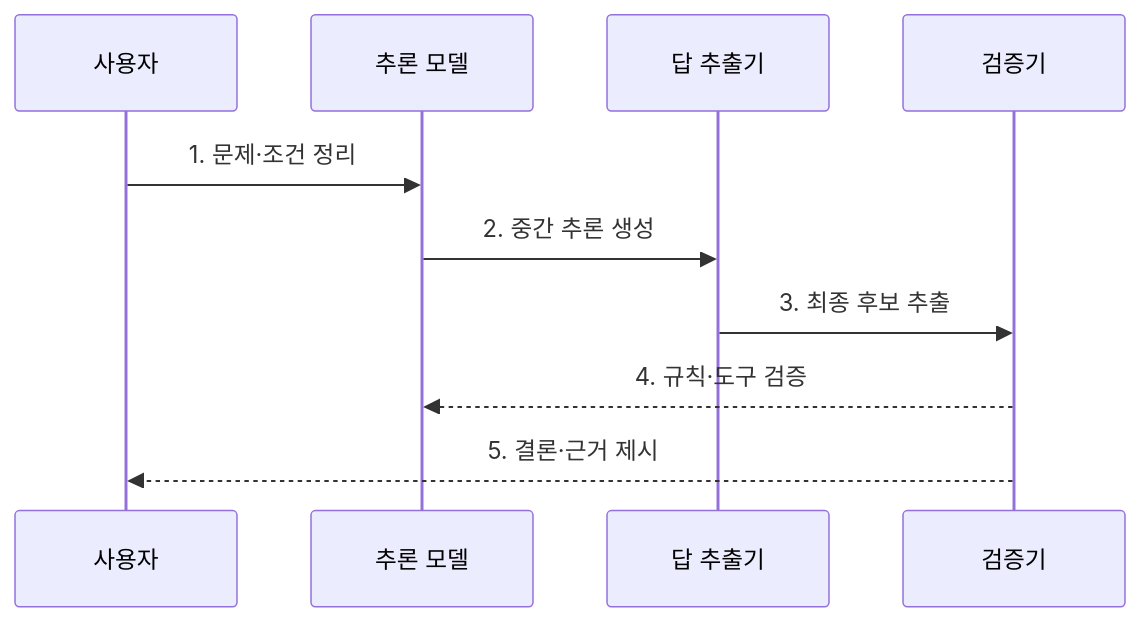
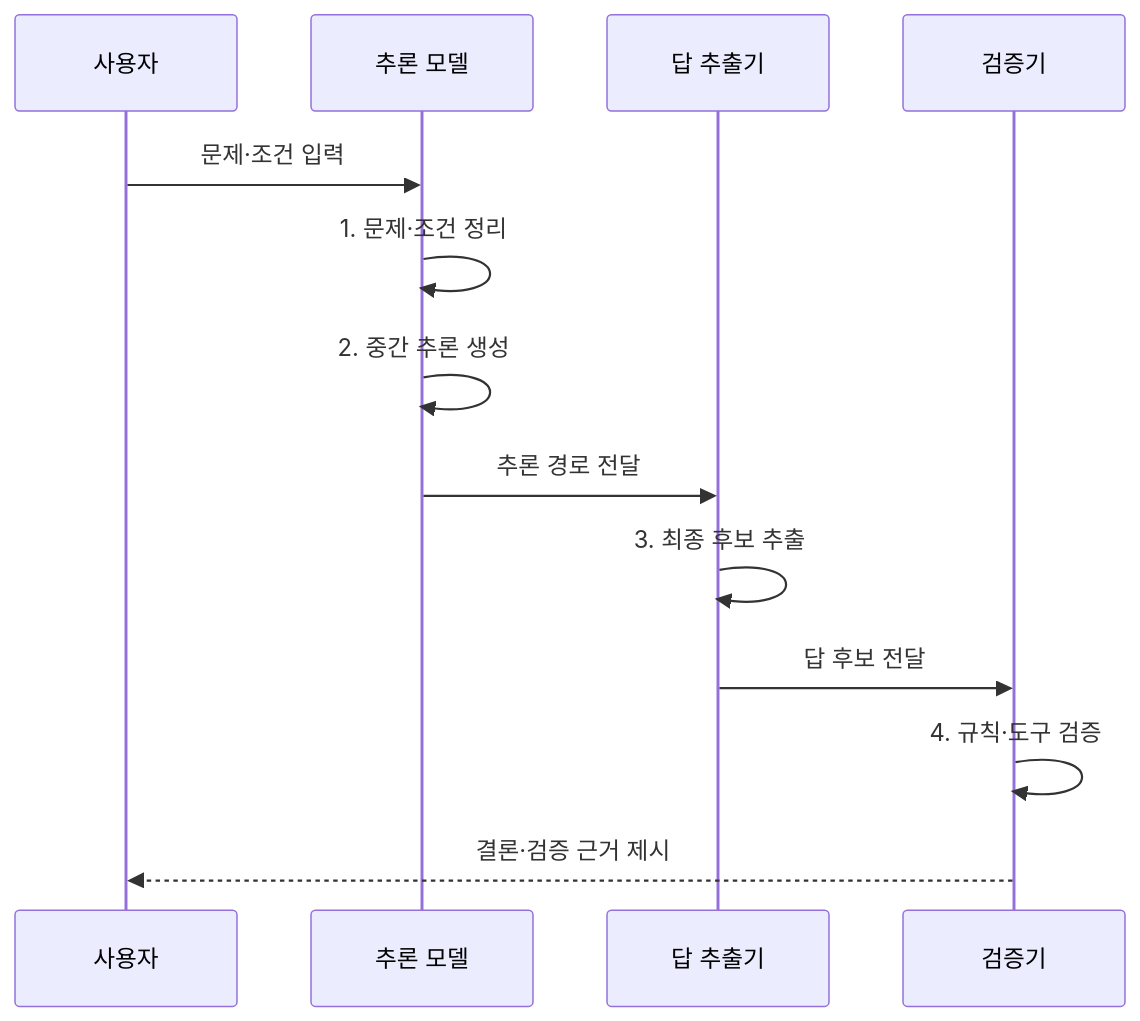
Before and after one commit to agnusdei1207/knowledge-base: the second of 2 diagrams in src/content/docs/notes/08-latest-tech/038_chain_of_thought.md, drawn with Mermaid. The commit also changed other lines of this file and 225 other files, not shown here.

````diff
--- a/src/content/docs/notes/08-latest-tech/038_chain_of_thought.md
+++ b/src/content/docs/notes/08-latest-tech/038_chain_of_thought.md
@@ -80,12 +80,15 @@
 ```mermaid
 sequenceDiagram
   participant U as 사용자
   participant R as 추론 모델
   participant E as 답 추출기
   participant V as 검증기
-  U->>R: 1. 문제·조건 정리
-  R->>E: 2. 중간 추론 생성
-  E->>V: 3. 최종 후보 추출
-  V-->>R: 4. 규칙·도구 검증
-  V-->>U: 5. 결론·근거 제시
+  U->>R: 문제·조건 입력
+  R->>R: 1. 문제·조건 정리
+  R->>R: 2. 중간 추론 생성
+  R->>E: 추론 경로 전달
+  E->>E: 3. 최종 후보 추출
+  E->>V: 답 후보 전달
+  V->>V: 4. 규칙·도구 검증
+  V-->>U: 결론·검증 근거 제시
 ```
````
